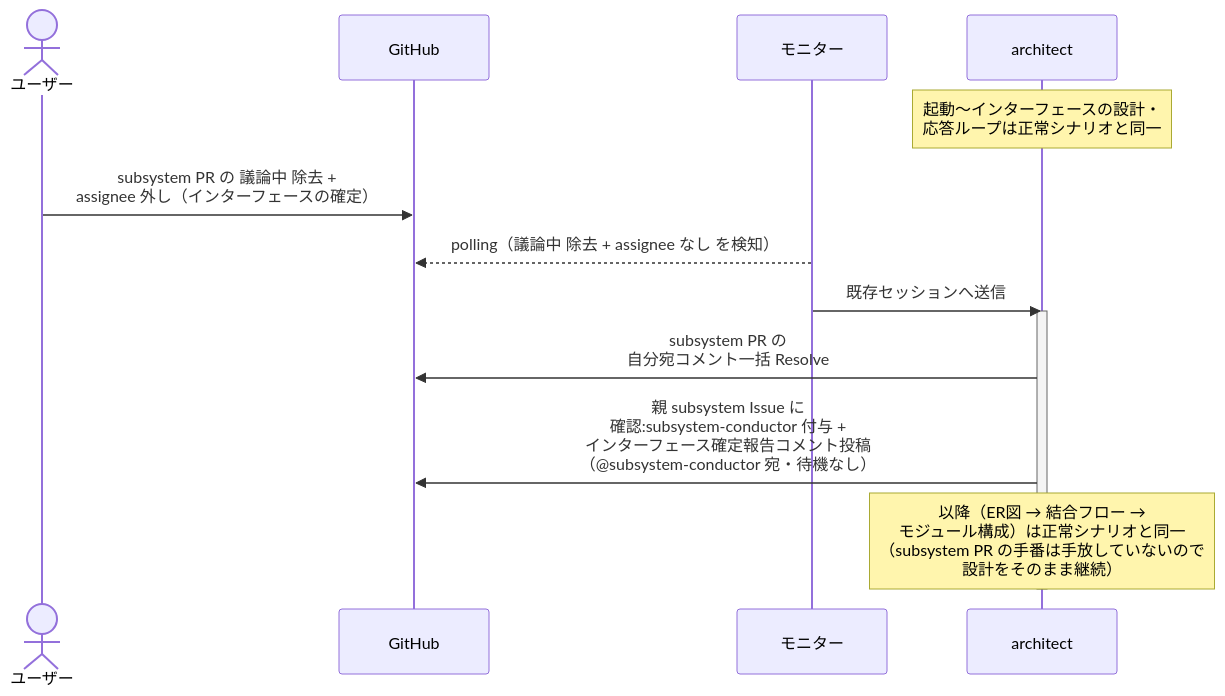
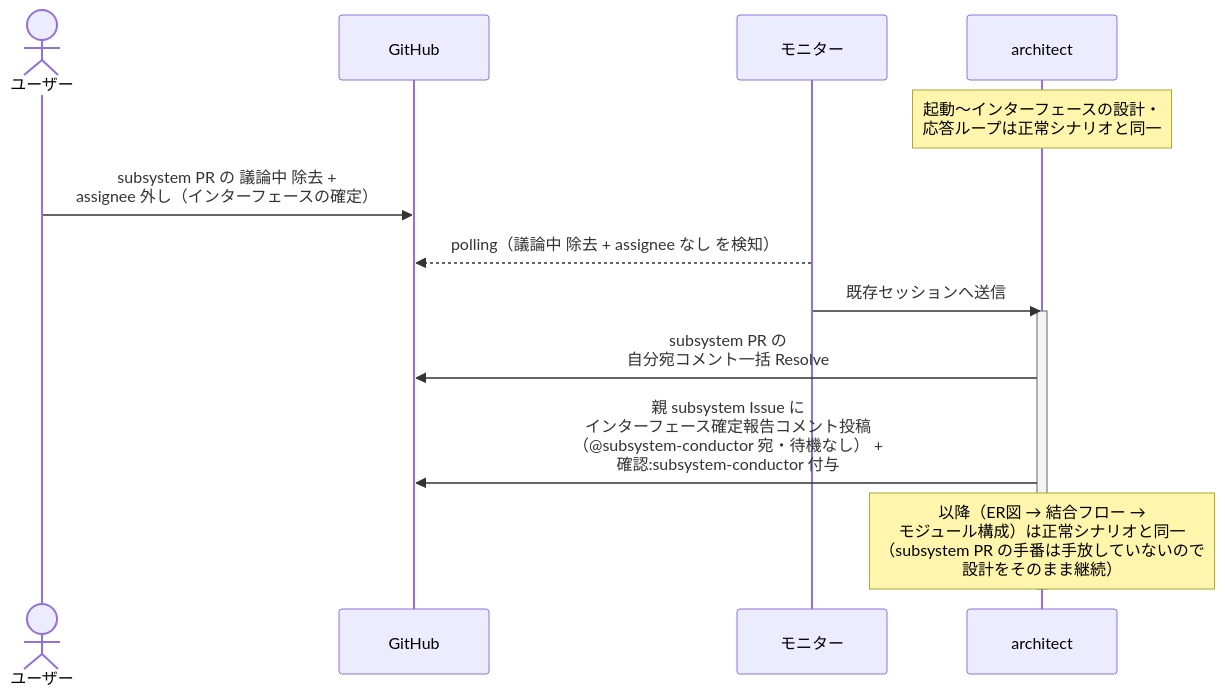
The second of 7 diagrams in docs/wiki/設計図/シナリオ/単一ユースケース/SS設計.md (shuhei1101/ai-monitor), drawn with Mermaid before and after one commit. The commit also changed 29 other files, not shown here.

````diff
--- a/docs/wiki/設計図/シナリオ/単一ユースケース/SS設計.md
+++ b/docs/wiki/設計図/シナリオ/単一ユースケース/SS設計.md
@@ -105,17 +105,17 @@
 ```mermaid
 sequenceDiagram
   actor U as ユーザー
   participant GH as GitHub
   participant ORC as モニター
   participant MON as architect
 
   Note over MON: 起動〜インターフェースの設計・<br>応答ループは正常シナリオと同一
   U->>GH: subsystem PR の 議論中 除去 +<br>assignee 外し（インターフェースの確定）
   ORC-->>GH: polling（議論中 除去 + assignee なし を検知）
   ORC->>MON: 既存セッションへ送信
   activate MON
   MON->>GH: subsystem PR の<br>自分宛コメント一括 Resolve
-  MON->>GH: 親 subsystem Issue に<br>確認:subsystem-conductor 付与 +<br>インターフェース確定報告コメント投稿<br>（@subsystem-conductor 宛・待機なし）
+  MON->>GH: 親 subsystem Issue に<br>インターフェース確定報告コメント投稿<br>（@subsystem-conductor 宛・待機なし） +<br>確認:subsystem-conductor 付与
   Note over MON: 以降（ER図 → 結合フロー →<br>モジュール構成）は正常シナリオと同一<br>（subsystem PR の手番は手放していないので<br>設計をそのまま継続）
   deactivate MON
 ```
````
